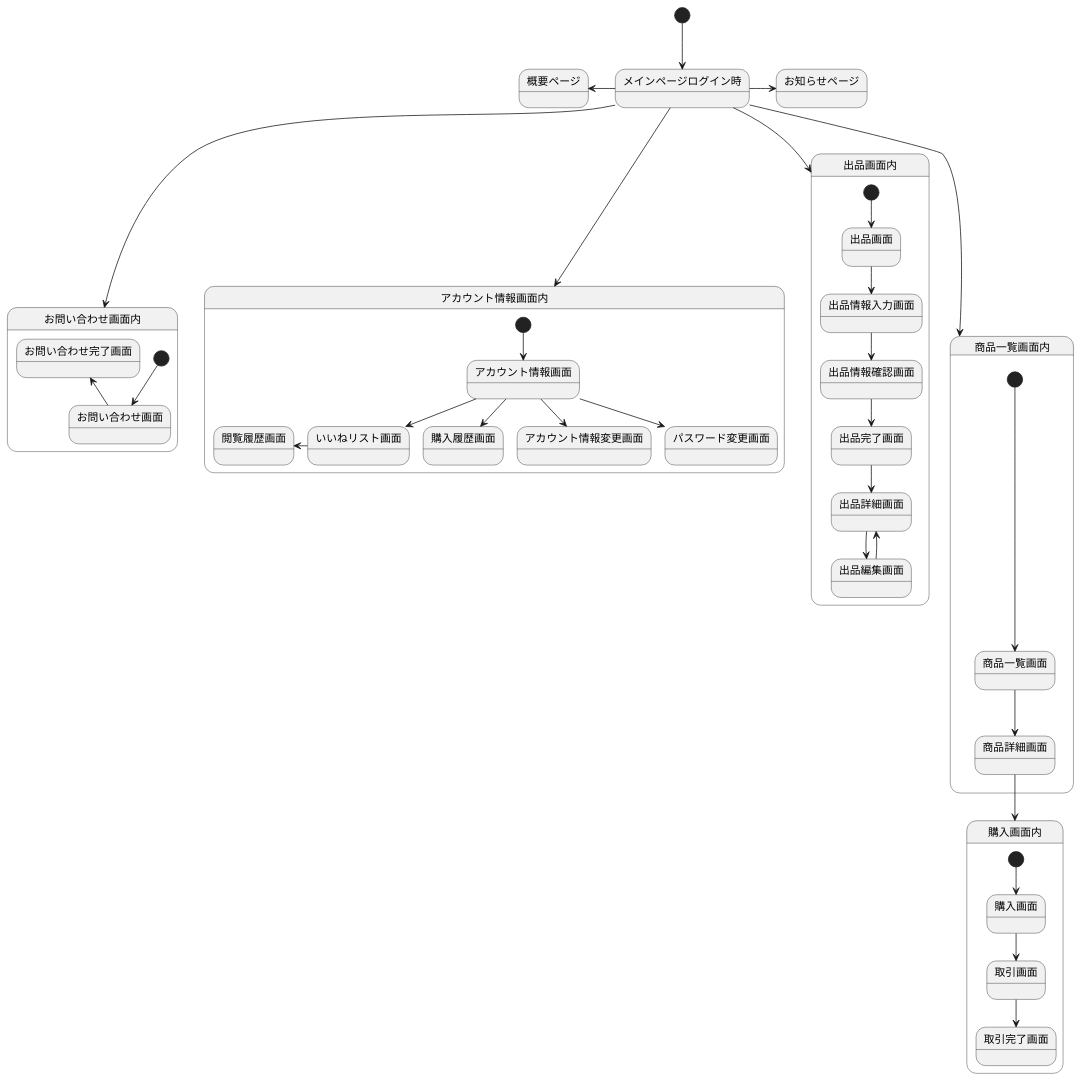
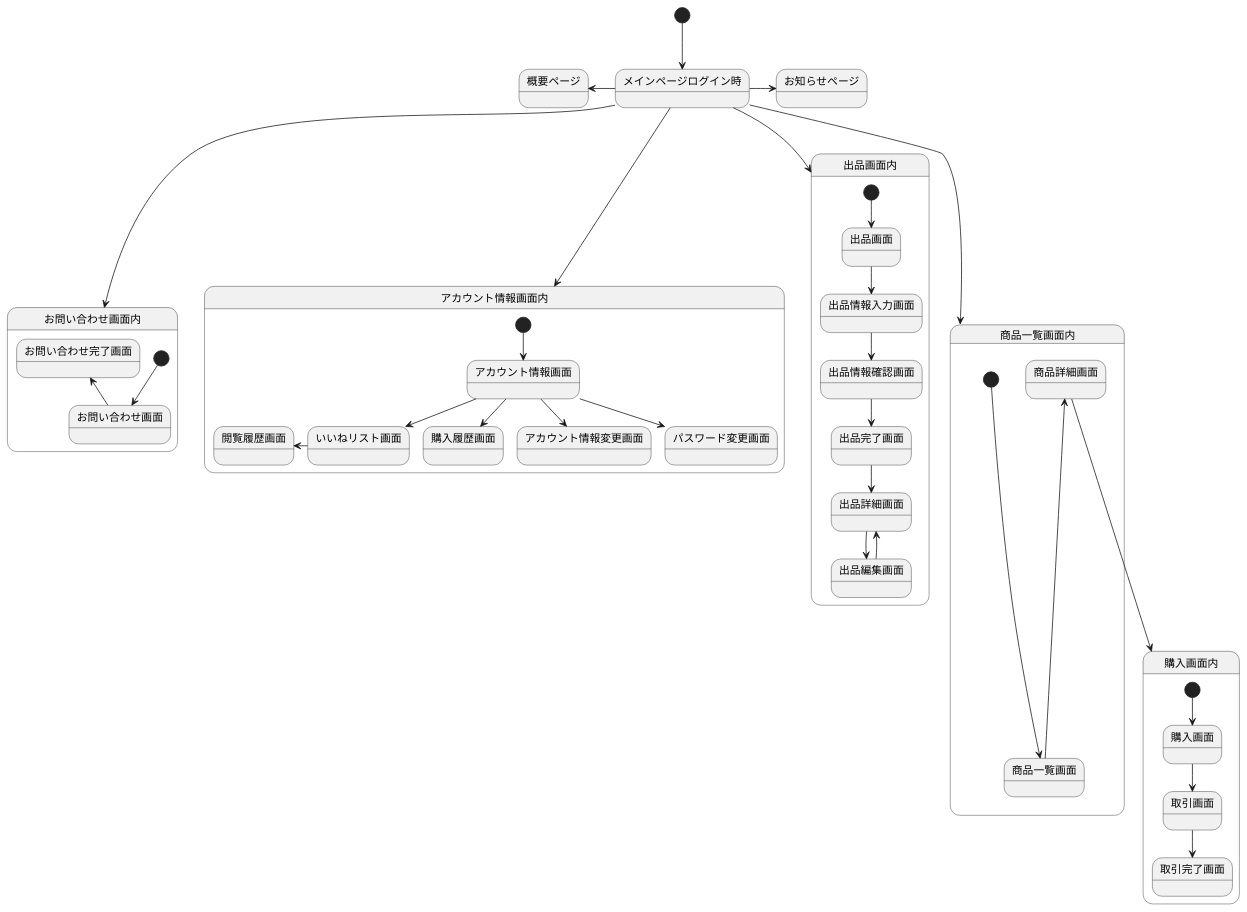
One commit to Aso2001147/2021SystemDesign changed the diagram in 画面遷移図ログイン.md. Above: the diagram before and after it, drawn with PlantUML.

````diff
--- a/画面遷移図ログイン.md
+++ b/画面遷移図ログイン.md
@@ -1,50 +1,50 @@
 ```uml
 @startuml
 
 [*] --> メインページログイン時
 メインページログイン時 -left-> 概要ページ
 メインページログイン時 -right-> お知らせページ
 メインページログイン時 --> お問い合わせ画面内
 メインページログイン時 --> アカウント情報画面内
 メインページログイン時 --> 商品一覧画面内
 メインページログイン時 --> 出品画面内
 
 state お問い合わせ画面内{
 [*] -down-> お問い合わせ画面
 お問い合わせ画面 -up-> お問い合わせ完了画面
 }
 
 state アカウント情報画面内{
 [*] --> アカウント情報画面
 アカウント情報画面 -down-> いいねリスト画面
 いいねリスト画面 -left-> 閲覧履歴画面
 アカウント情報画面 -down-> 購入履歴画面
 アカウント情報画面 -down-> アカウント情報変更画面
 アカウント情報画面 -down-> パスワード変更画面
 }
 
 state 商品一覧画面内{
 [*] -down-> 商品一覧画面
-商品一覧画面 -down-> 商品詳細画面
+商品一覧画面 -up-> 商品詳細画面
 }
 
-商品詳細画面 --> 購入画面内
+商品詳細画面 -down-> 購入画面内
 
 state 購入画面内{
 [*] --> 購入画面
 購入画面 --> 取引画面
 取引画面 --> 取引完了画面
 }
 
 state 出品画面内{
 [*] --> 出品画面
 出品画面 --> 出品情報入力画面
 出品情報入力画面 --> 出品情報確認画面
 出品情報確認画面 --> 出品完了画面
 出品完了画面 --> 出品詳細画面
 出品詳細画面 --> 出品編集画面
 出品編集画面 --> 出品詳細画面
 }
 
 @enduml
 ```
````
